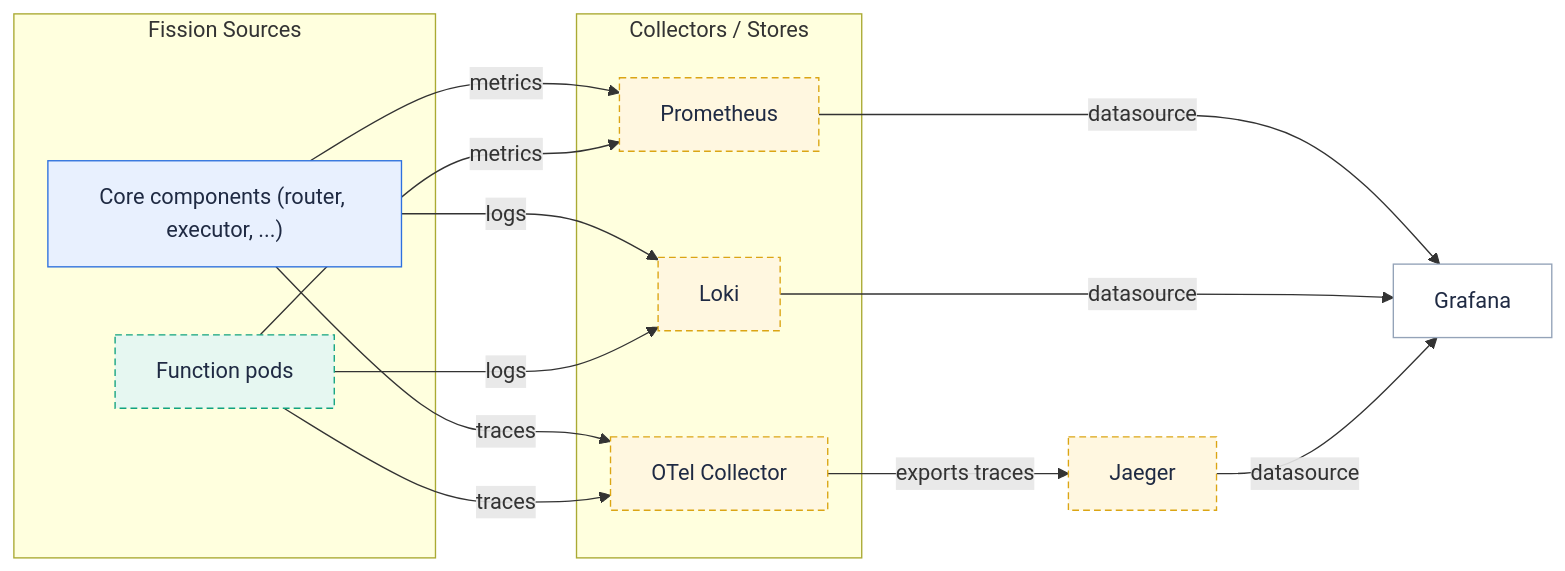
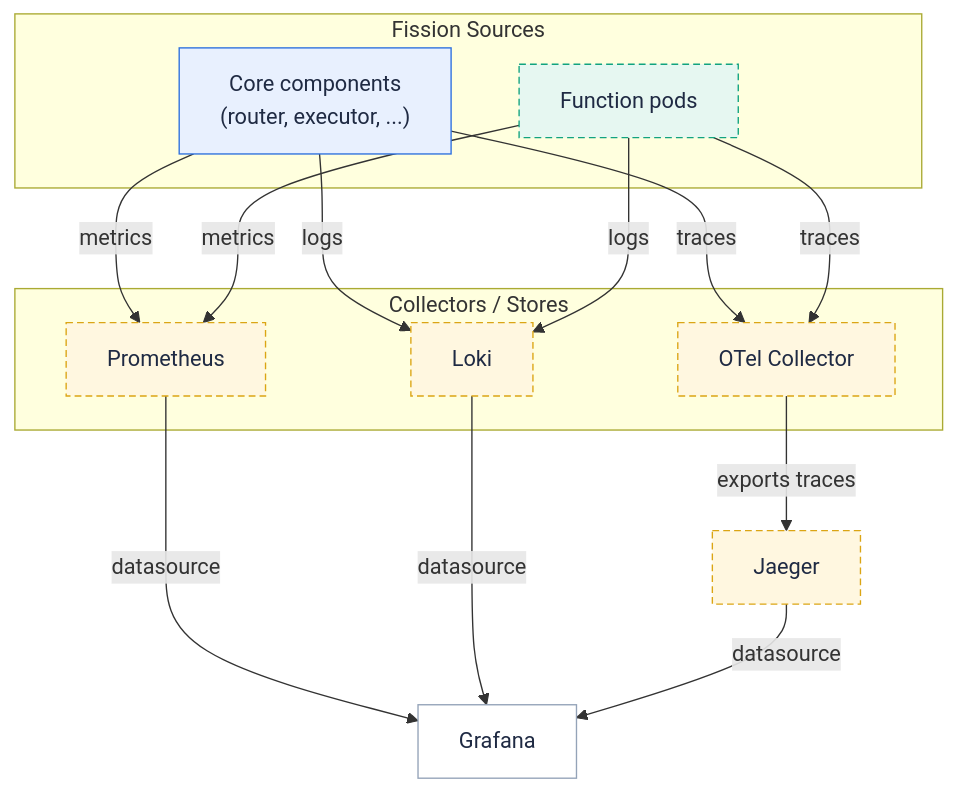
One commit to fission/fission.io changed the diagram in content/en/docs/usage/observability/_index.md. Above: the diagram before and after it, drawn with Mermaid. The commit also changed 23 other files, not shown here.

First line of the commit message:
Make diagrams readable inline: compact TB layouts, bold crimson step numbers

````diff
--- a/content/en/docs/usage/observability/_index.md
+++ b/content/en/docs/usage/observability/_index.md
@@ -18,37 +18,37 @@
 ```mermaid
-flowchart LR
+flowchart TB
   subgraph sources["Fission Sources"]
-    components["Core components (router, executor, ...)"]
+    components["Core components<br/>(router, executor, ...)"]
     fnPods["Function pods"]
   end
 
   subgraph collect["Collectors / Stores"]
     prometheus["Prometheus"]
     otel["OTel Collector"]
     loki["Loki"]
   end
 
   jaeger["Jaeger"]
   grafana["Grafana"]
 
   components -->|"metrics"| prometheus
   fnPods -->|"metrics"| prometheus
   components -->|"traces"| otel
   fnPods -->|"traces"| otel
   components -->|"logs"| loki
   fnPods -->|"logs"| loki
 
   otel -->|"exports traces"| jaeger
   prometheus -->|"datasource"| grafana
   loki -->|"datasource"| grafana
   jaeger -->|"datasource"| grafana
 
   class components fission
   class fnPods pod
   class prometheus,otel,loki,jaeger store
   class grafana user
   classDef user fill:#ffffff,stroke:#94a3b8,color:#1f2a43
   classDef fission fill:#e8f0fe,stroke:#2d70de,color:#1f2a43
   classDef pod fill:#e6f7f1,stroke:#11a37f,color:#1f2a43,stroke-dasharray:5 3
   classDef store fill:#fff7e0,stroke:#dba514,color:#1f2a43,stroke-dasharray:5 3
 ```
````
